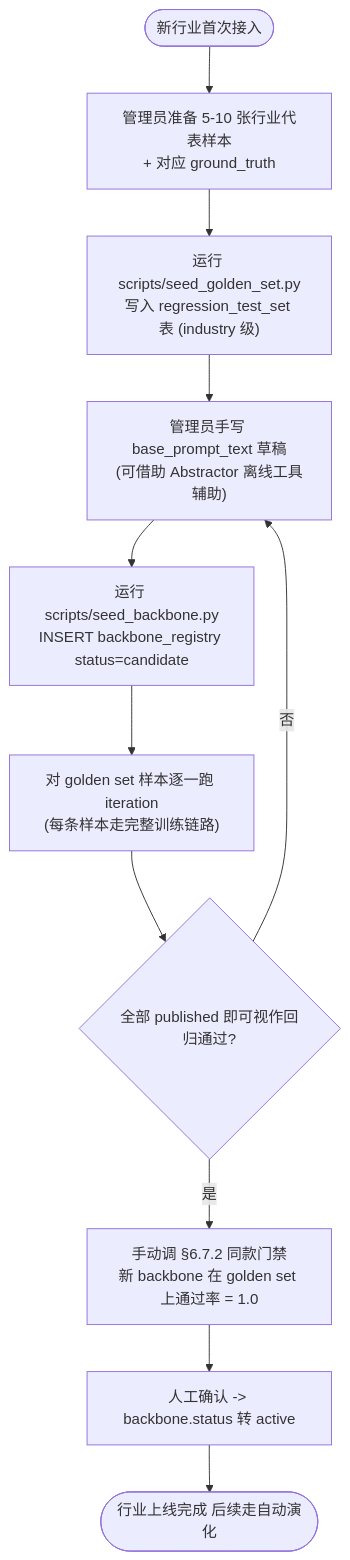
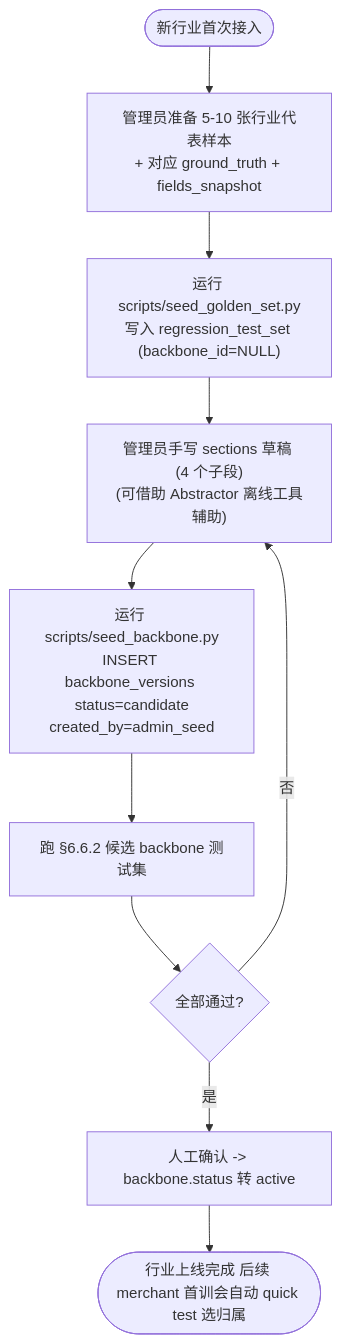
The seventh of 9 diagrams in designs/DESIGN.md (YunChen1227/auto_prompt_optimzer), drawn with Mermaid before and after one commit. The commit also changed other lines of this file, not shown here.

````diff
--- a/designs/DESIGN.md
+++ b/designs/DESIGN.md
@@ -851,13 +977,12 @@
 ```mermaid
 flowchart TD
-    Start(["新行业首次接入"]) --> Step1["管理员准备 5-10 张行业代表样本<br/>+ 对应 ground_truth"]
-    Step1 --> Step2["运行 scripts/seed_golden_set.py<br/>写入 regression_test_set 表 (industry 级)"]
-    Step2 --> Step3["管理员手写 base_prompt_text 草稿<br/>(可借助 Abstractor 离线工具辅助)"]
-    Step3 --> Step4["运行 scripts/seed_backbone.py<br/>INSERT backbone_registry status=candidate"]
-    Step4 --> Step5["对 golden set 样本逐一跑 iteration<br/>(每条样本走完整训练链路)"]
-    Step5 --> Step6{"全部 published 即可视作回归通过?"}
-    Step6 -- 是 --> Step7["手动调 §6.7.2 同款门禁<br/>新 backbone 在 golden set 上通过率 = 1.0"]
-    Step7 --> Step8["人工确认 -> backbone.status 转 active"]
-    Step8 --> Done(["行业上线完成 后续走自动演化"])
+    Start(["新行业首次接入"]) --> Step1["管理员准备 5-10 张行业代表样本<br/>+ 对应 ground_truth + fields_snapshot"]
+    Step1 --> Step2["运行 scripts/seed_golden_set.py<br/>写入 regression_test_set (backbone_id=NULL)"]
+    Step2 --> Step3["管理员手写 sections 草稿 (4 个子段)<br/>(可借助 Abstractor 离线工具辅助)"]
+    Step3 --> Step4["运行 scripts/seed_backbone.py<br/>INSERT backbone_versions status=candidate<br/>created_by=admin_seed"]
+    Step4 --> Step5["跑 §6.6.2 候选 backbone 测试集"]
+    Step5 --> Step6{"全部通过?"}
     Step6 -- 否 --> Step3
+    Step6 -- 是 --> Step7["人工确认 -> backbone.status 转 active"]
+    Step7 --> Done(["行业上线完成 后续 merchant 首训会自动 quick test 选归属"])
 ```
````
